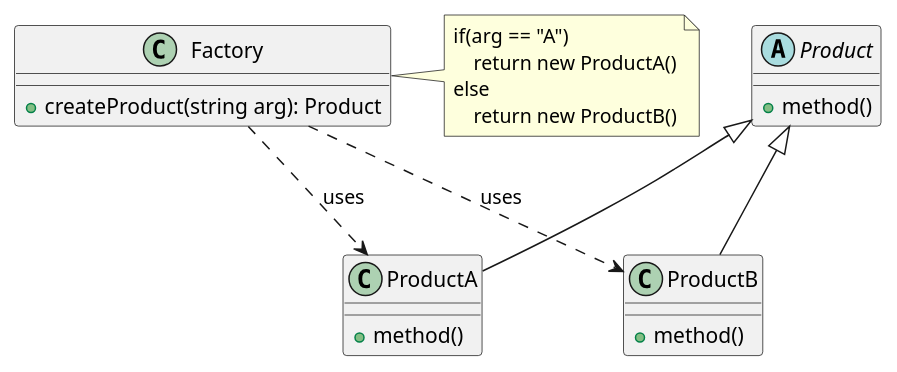
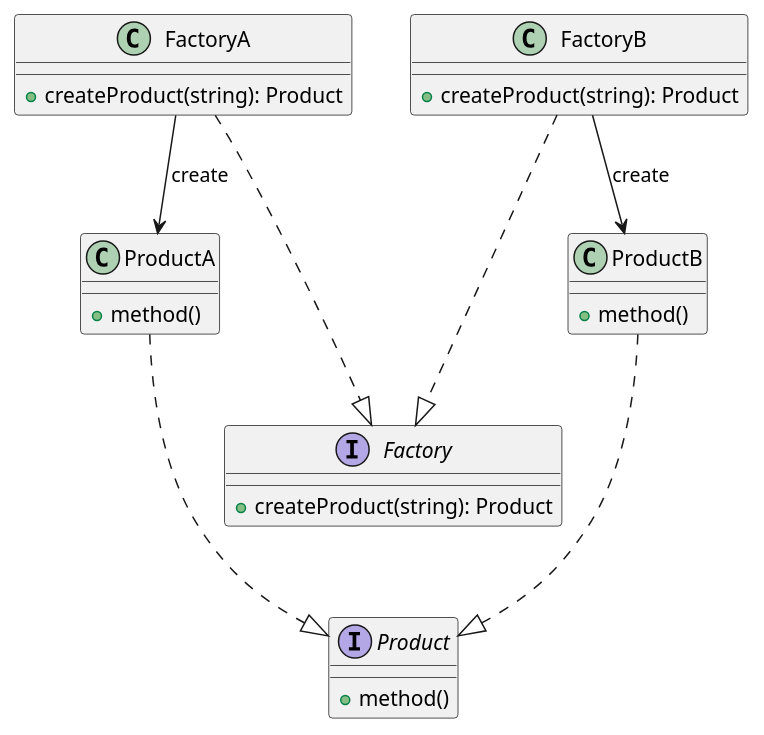
Before and after one commit to YuanXiQWQ/BCIT-CST-Notes: the diagram in YuanXi-ColdNotes/Java/设计模式/2.创建型模式.2.1-工厂模式(Factory Pattern).md, drawn with PlantUML. The commit also changed other lines of this file and 2 other files, not shown here.

````diff
--- a/YuanXi-ColdNotes/Java/设计模式/2.创建型模式.2.1-工厂模式(Factory Pattern).md
+++ b/YuanXi-ColdNotes/Java/设计模式/2.创建型模式.2.1-工厂模式(Factory Pattern).md
@@ -58,32 +56,39 @@
 ```puml
 @startuml
-abstract class Product {
-    +method()
+' 产品类接口
+interface Product {
+    + method()
 }
 
+' 具体产品类
 class ProductA {
-    +method()
+    + method()
 }
 
 class ProductB {
-    +method()
+    + method()
 }
 
-class Factory {
-    +createProduct(string arg): Product
+' 工厂类接口
+interface Factory {
+    + createProduct(string): Product
 }
 
-Product <|-- ProductA
-Product <|-- ProductB
+' 具体工厂类
+class FactoryA {
+    + createProduct(string): Product
+}
 
-Factory ..> ProductA : uses
-Factory ..> ProductB : uses
+class FactoryB {
+    + createProduct(string): Product
+}
 
-note right of Factory
-if(arg == "A")
-    return new ProductA()
-else
-    return new ProductB()
-end note
+' 关系连接
+ProductA ...|> Product
+ProductB ...|> Product
+FactoryA ...|> Factory
+FactoryB ...|> Factory
+FactoryB --> ProductB : create
+FactoryA --> ProductA : create
 @enduml
 ```
````
